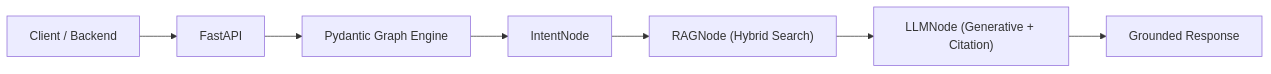
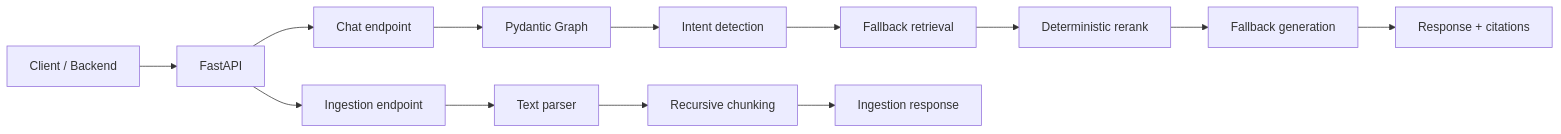
The diagram in README.md (IUH-UniSage/unisage-agent), drawn with Mermaid before and after one commit. The commit also changed other lines of this file, not shown here.

````diff
--- a/README.md
+++ b/README.md
@@ -106,9 +127,17 @@
 ```mermaid
 flowchart LR
     Client["Client / Backend"] --> API["FastAPI"]
-    API --> Graph["Pydantic Graph Engine"]
-    Graph --> Intent["IntentNode"]
-    Intent --> RAG["RAGNode (Hybrid Search)"]
-    RAG --> LLM["LLMNode (Generative + Citation)"]
-    LLM --> Response["Grounded Response"]
+
+    API --> Chat["Chat endpoint"]
+    Chat --> Graph["Pydantic Graph"]
+    Graph --> Intent["Intent detection"]
+    Intent --> Retrieval["Fallback retrieval"]
+    Retrieval --> Rerank["Deterministic rerank"]
+    Rerank --> Generation["Fallback generation"]
+    Generation --> Response["Response + citations"]
+
+    API --> Ingestion["Ingestion endpoint"]
+    Ingestion --> Parser["Text parser"]
+    Parser --> Chunking["Recursive chunking"]
+    Chunking --> Chunks["Ingestion response"]
 ```
````
